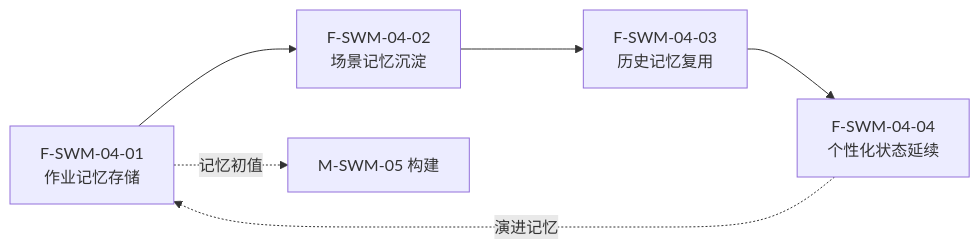
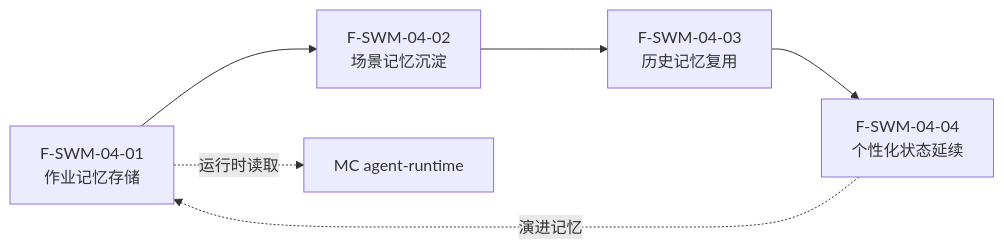
One commit to Sj-g/obsidian changed diagram 25 of 49 in 公司项目/认知作战/文档/软件概要设计-架构图.md. Above: the diagram before and after it, drawn with Mermaid. The commit also changed other lines of this file and 4 other files, not shown here.

````diff
--- a/公司项目/认知作战/文档/软件概要设计-架构图.md
+++ b/公司项目/认知作战/文档/软件概要设计-架构图.md
@@ -498,11 +498,11 @@
 ```mermaid
 flowchart LR
     F0401["F-SWM-04-01<br/>作业记忆存储"]
     F0402["F-SWM-04-02<br/>场景记忆沉淀"]
     F0403["F-SWM-04-03<br/>历史记忆复用"]
     F0404["F-SWM-04-04<br/>个性化状态延续"]
 
     F0401 --> F0402 --> F0403 --> F0404
     F0404 -.->|"演进记忆"| F0401
-    F0401 -.->|"记忆初值"| EXT["M-SWM-05 构建"]
+    F0401 -.->|"运行时读取"| EXT["MC agent-runtime"]
 ```
````
